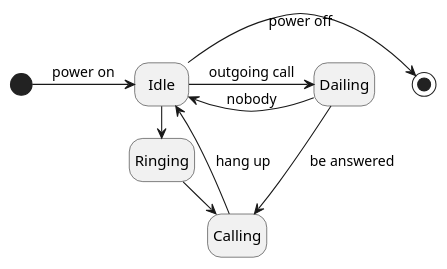
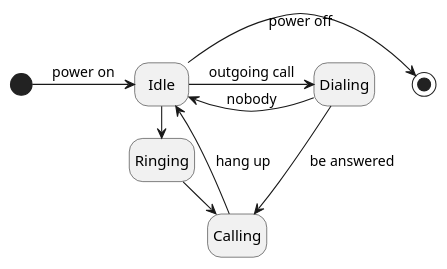
Before and after one commit to HansBug/plantumlcli-testfile: the diagram in uml/common.puml, drawn with PlantUML.

```diff
--- a/uml/common.puml
+++ b/uml/common.puml
@@ -1,20 +1,20 @@
 @startuml
 hide empty description
 
 state "Idle" as idle
 state "Ringing" as ringing
-state "Dailing" as dialing
+state "Dialing" as dialing
 state "Calling" as calling
 
 [*] -> idle : power on
 idle -> [*] : power off
 
 idle -> ringing : incoming call
 ringing -> calling : pick up
 
 idle -> dialing : outgoing call
 dialing -> calling : be answered
 dialing -> idle : nobody
 
 calling -down-> idle : hang up
 @enduml
```
